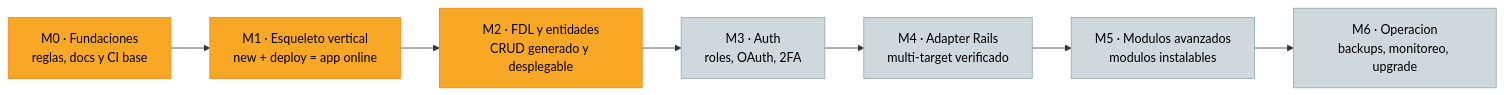
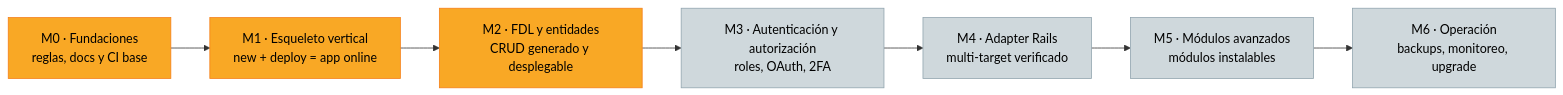
Before and after one commit to dmaure/fractal: the first of 2 diagrams in docs/MAPA_DE_PROGRESO.md, drawn with Mermaid. The commit also changed other lines of this file and 5 other files, not shown here.

````diff
--- a/docs/MAPA_DE_PROGRESO.md
+++ b/docs/MAPA_DE_PROGRESO.md
@@ -46,19 +54,19 @@
 ```mermaid
 flowchart LR
     M0["M0 · Fundaciones<br/>reglas, docs y CI base"]
     M1["M1 · Esqueleto vertical<br/>new + deploy = app online"]
     M2["M2 · FDL y entidades<br/>CRUD generado y desplegable"]
-    M3["M3 · Auth<br/>roles, OAuth, 2FA"]
+    M3["M3 · Autenticación y autorización<br/>roles, OAuth, 2FA"]
     M4["M4 · Adapter Rails<br/>multi-target verificado"]
-    M5["M5 · Modulos avanzados<br/>modulos instalables"]
-    M6["M6 · Operacion<br/>backups, monitoreo, upgrade"]
+    M5["M5 · Módulos avanzados<br/>módulos instalables"]
+    M6["M6 · Operación<br/>backups, monitoreo, upgrade"]
 
     M0 --> M1 --> M2 --> M3 --> M4 --> M5 --> M6
 
     classDef done fill:#2e7d32,color:#fff,stroke:#1b5e20;
     classDef curso fill:#f9a825,color:#000,stroke:#f57f17;
     classDef pend fill:#cfd8dc,color:#000,stroke:#90a4ae;
 
     class M0,M1,M2 curso;
     class M3,M4,M5,M6 pend;
 ```
````
